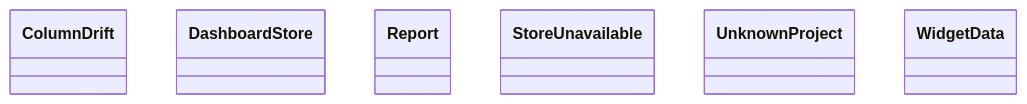
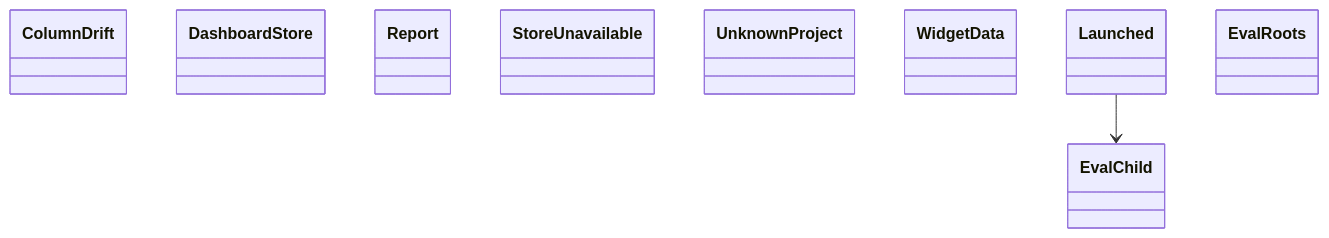
The diagram in docs/architecture/generated/classes-measurement-application-all.md (GonzaloZevallos/agentic-system), drawn with Mermaid before and after one commit. The commit also changed 4 other files, not shown here.

````diff
--- a/docs/architecture/generated/classes-measurement-application-all.md
+++ b/docs/architecture/generated/classes-measurement-application-all.md
@@ -5,9 +5,13 @@
 ```mermaid
 classDiagram
     class dashboards__ColumnDrift["ColumnDrift"]
     class dashboards__DashboardStore["DashboardStore"]
     class dashboards__Report["Report"]
     class dashboards__StoreUnavailable["StoreUnavailable"]
     class dashboards__UnknownProject["UnknownProject"]
     class dashboards__WidgetData["WidgetData"]
+    class eval_commands__Launched["Launched"]
+    class ports__EvalChild["EvalChild"]
+    class ports__EvalRoots["EvalRoots"]
+    eval_commands__Launched --> ports__EvalChild
 ```
````
